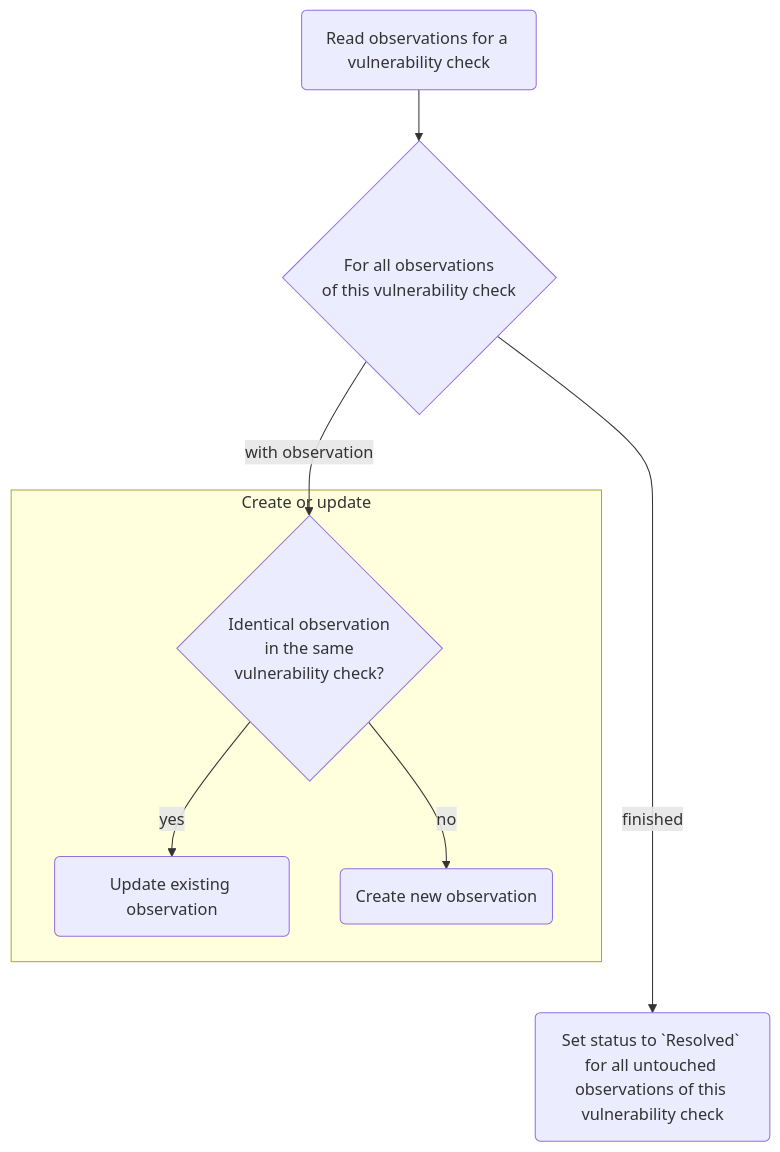
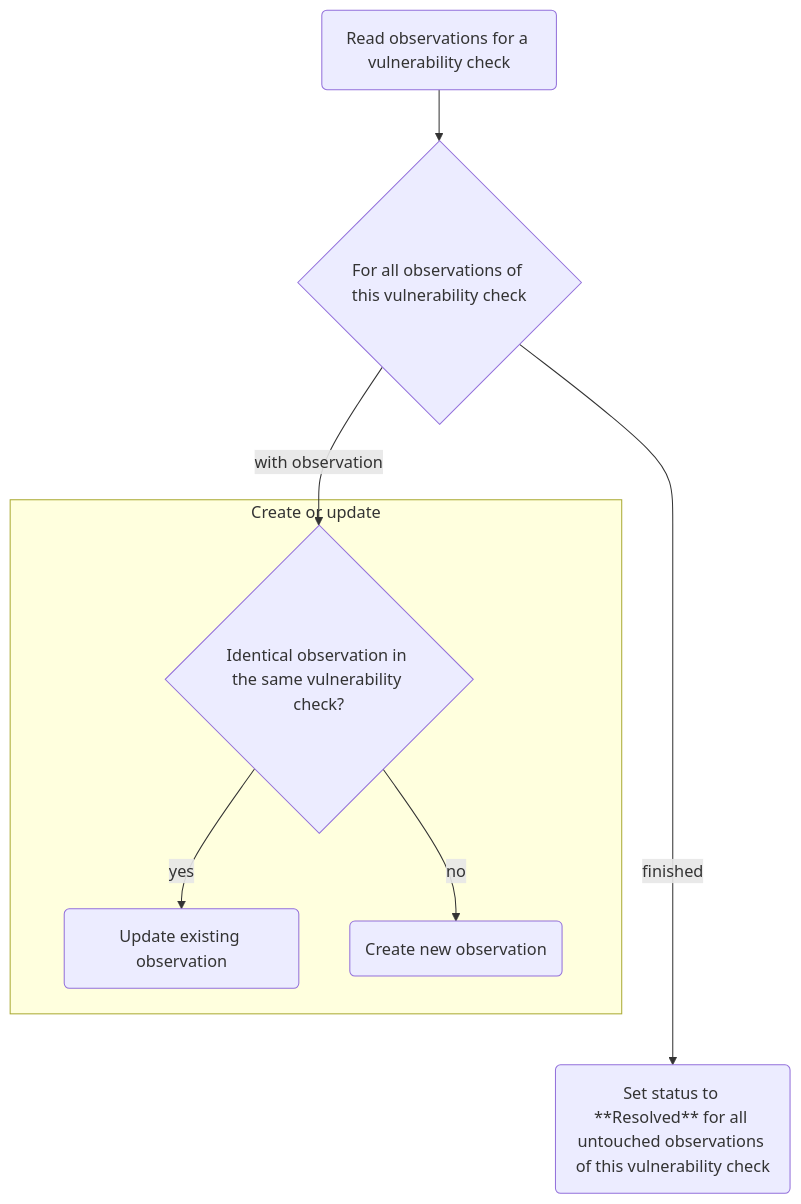
The diagram in docs/usage/import_observations.md (MaibornWolff/SecObserve), drawn with Mermaid before and after one commit. The commit also changed 2 other files, not shown here.

Commit message:
fix: documentation title on start page (#1996)

````diff
--- a/docs/usage/import_observations.md
+++ b/docs/usage/import_observations.md
@@ -34,11 +34,11 @@
 ```mermaid
     flowchart TD
-    read(Read observations for a vulnerability check) --> all_observations{For all observations\nof this vulnerability check}
-    all_observations -- with observation --> identity{Identical observation\nin the same\nvulnerability check?}
+    read(Read observations for a vulnerability check) --> all_observations{For all observations of this vulnerability check}
+    all_observations -- with observation --> identity{Identical observation in the same vulnerability check?}
     subgraph Create or update
     identity -- yes --> update(Update existing observation)
     identity -- no --> create(Create new observation)
     end
-    all_observations -- finished ----> resolved(Set status to `Resolved` for all untouched observations of this vulnerability check)
+    all_observations -- finished ----> resolved(Set status to **Resolved** for all untouched observations of this vulnerability check)
 
 ```
````
